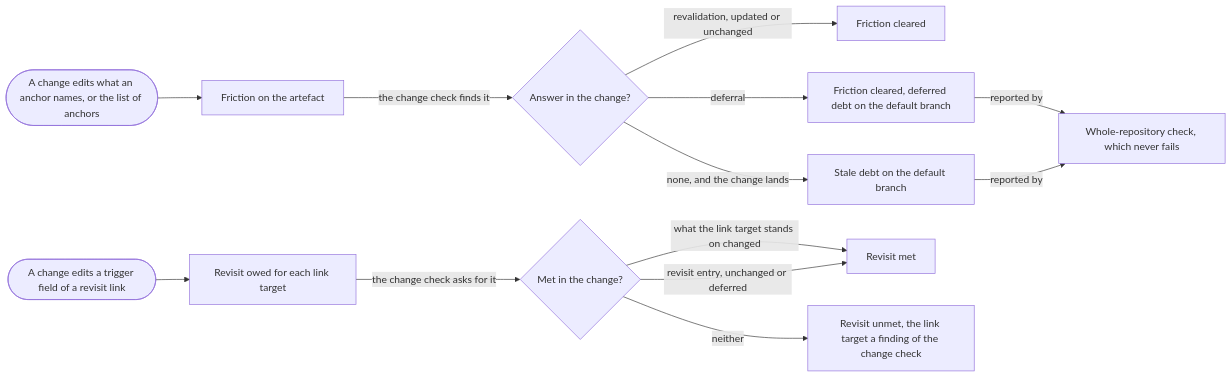
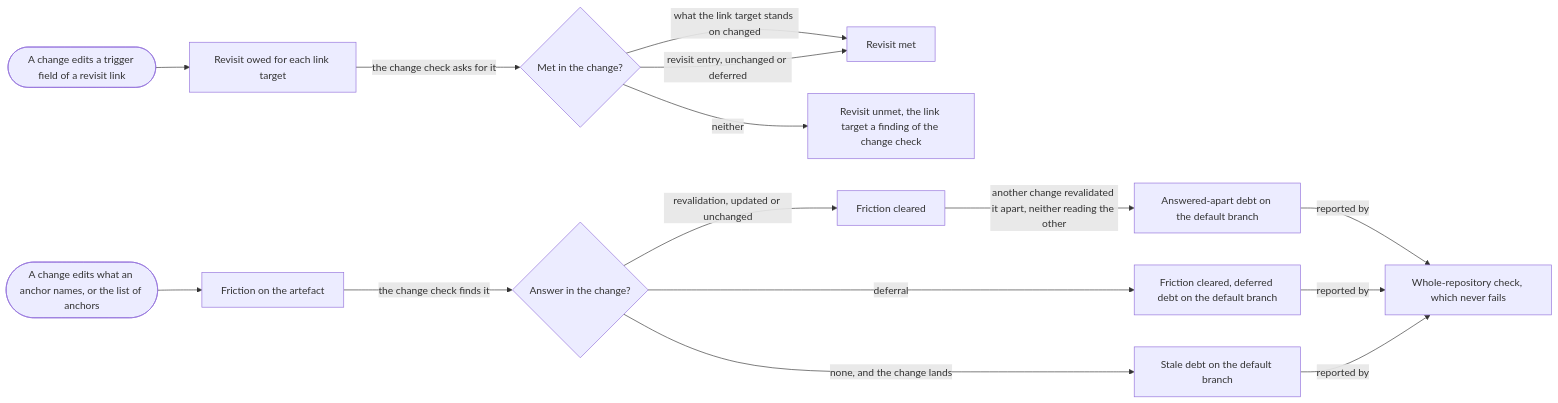
The second of 3 diagrams in tech-docs/analysis/core/domain-model/070-artefacts-and-friction.md (aleskalfas/project-kit), drawn with Mermaid before and after one commit. The commit also changed other lines of this file and 14 other files, not shown here.

````diff
--- a/tech-docs/analysis/core/domain-model/070-artefacts-and-friction.md
+++ b/tech-docs/analysis/core/domain-model/070-artefacts-and-friction.md
@@ -116,17 +117,19 @@
 ```mermaid
 flowchart LR
   accTitle: How an edit leaves an artefact or a link target behind, and how each is answered
-  accDescr: A change edits what an anchor names, or an artefact's list of anchors, and the artefact has friction. The change check finds it. A revalidation in the change, updated or unchanged, clears the friction. A deferral clears it too, and leaves deferred debt on the default branch. Friction nobody answered stays on the default branch as stale debt. The whole-repository check reports both kinds of debt, and never fails. A change that edits a trigger field owes a revisit of each link target, which the change check asks for. A change to what the link target stands on, or a revisit entry, unchanged or deferred, meets the revisit. Otherwise the revisit stays unmet, and the link target is a finding of the change check.
+  accDescr: A change edits what an anchor names, or an artefact's list of anchors, and the artefact has friction. The change check finds it. A revalidation in the change, updated or unchanged, clears the friction. A deferral clears it too, and leaves deferred debt on the default branch. Friction nobody answered stays on the default branch as stale debt. Two revalidations of one artefact made apart, neither reading the other, leave answered-apart debt until a revalidation reads both. The whole-repository check reports each kind of debt, and never fails. A change that edits a trigger field owes a revisit of each link target, which the change check asks for. A change to what the link target stands on, or a revisit entry, unchanged or deferred, meets the revisit. Otherwise the revisit stays unmet, and the link target is a finding of the change check.
   E([A change edits what an anchor names, or the list of anchors]) --> F[Friction on the artefact]
   F -->|the change check finds it| A{Answer in the change?}
   A -->|revalidation, updated or unchanged| CL[Friction cleared]
   A -->|deferral| DF["Friction cleared, deferred debt on the default branch"]
   A -->|none, and the change lands| SD[Stale debt on the default branch]
+  CL -->|another change revalidated it apart, neither reading the other| AA["Answered-apart debt on the default branch"]
   DF -->|reported by| W["Whole-repository check, which never fails"]
   SD -->|reported by| W
+  AA -->|reported by| W
   T([A change edits a trigger field of a revisit link]) --> RO[Revisit owed for each link target]
   RO -->|the change check asks for it| M{Met in the change?}
   M -->|what the link target stands on changed| RM[Revisit met]
   M -->|revisit entry, unchanged or deferred| RM
   M -->|neither| RF[Revisit unmet, the link target a finding of the change check]
 ```
````
